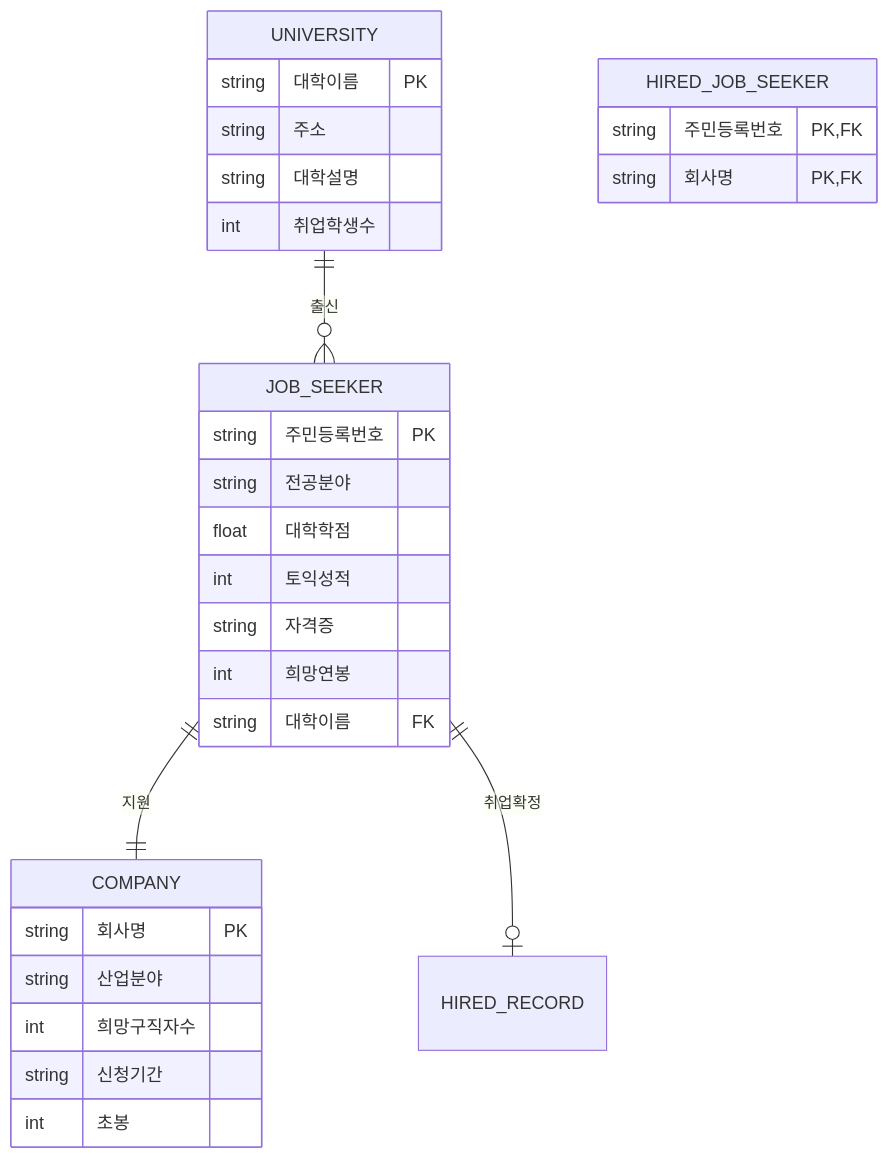
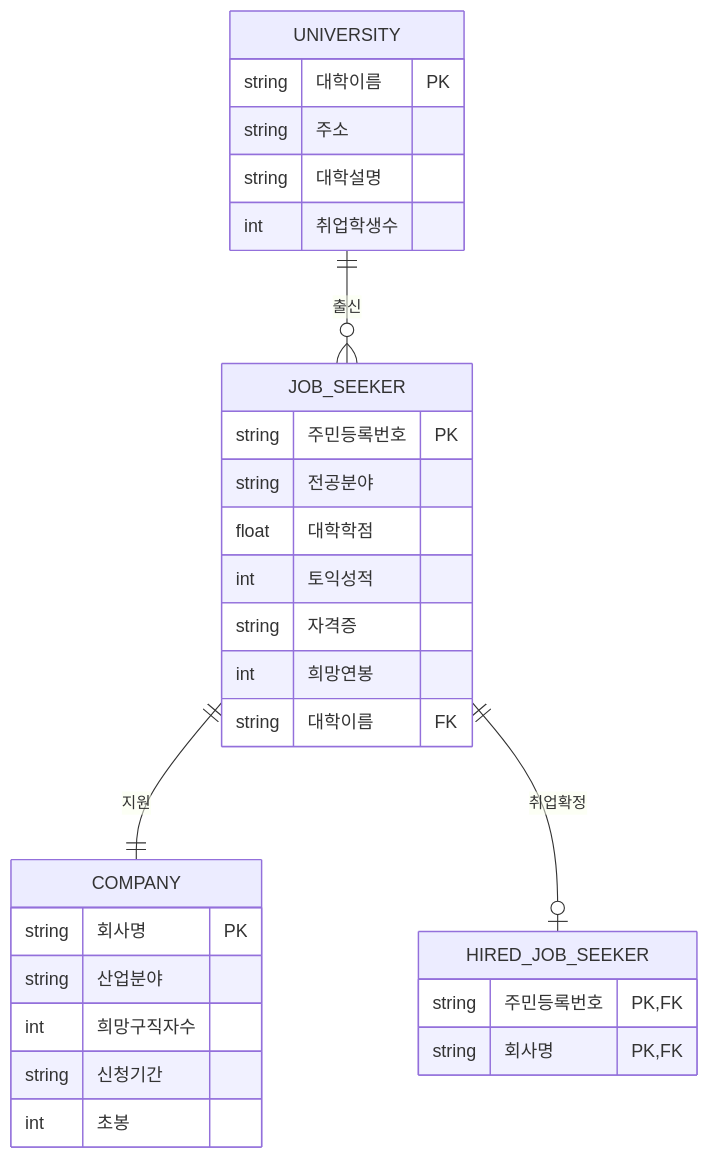
The first of 2 diagrams in er.md (JuneYoung-II/temp), drawn with Mermaid before and after one commit.

````diff
--- a/er.md
+++ b/er.md
@@ -2,37 +2,37 @@
 ```mermaid
 erDiagram
 
     COMPANY {
         string 회사명 PK
         string 산업분야
         int 희망구직자수
         string 신청기간
         int 초봉
     }
     
     JOB_SEEKER {
         string 주민등록번호 PK
         string 전공분야
         float 대학학점
         int 토익성적
         string 자격증
         int 희망연봉
         string 대학이름 FK
     }
     
     UNIVERSITY {
         string 대학이름 PK
         string 주소
         string 대학설명
         int 취업학생수
     }
 
     HIRED_JOB_SEEKER {
         string 주민등록번호 PK, FK
         string 회사명 PK, FK
     }
 
     UNIVERSITY ||--o{ JOB_SEEKER : "출신"
     JOB_SEEKER ||--|| COMPANY : "지원"
-    JOB_SEEKER ||--o| HIRED_RECORD : "취업확정"
+    JOB_SEEKER ||--o| HIRED_JOB_SEEKER : "취업확정"
 ```
````
